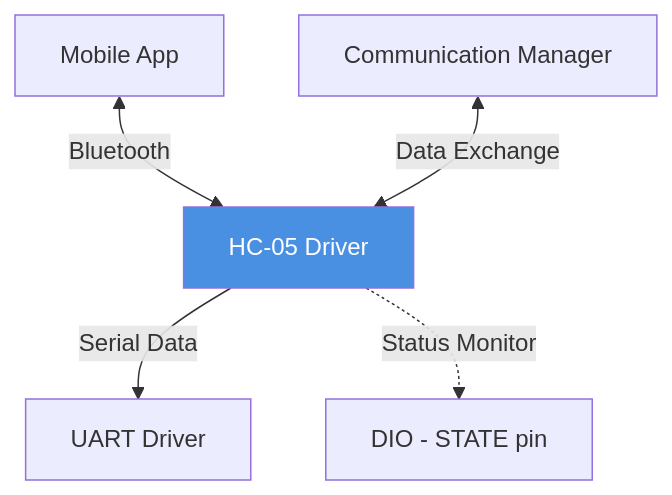
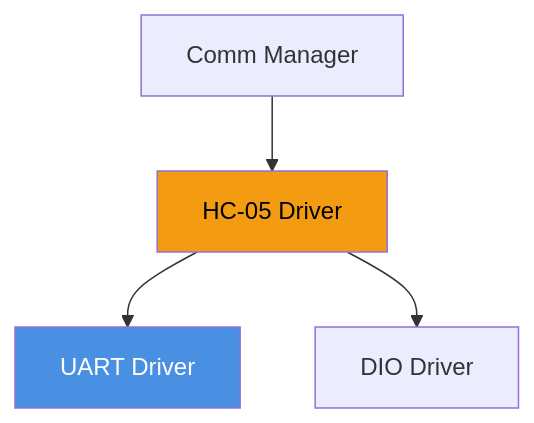
One commit to Gestell-Solution/Smart_Energy_Management_System changed the fourth of 4 diagrams in Doc/Embedded/New/06_ImplementationDoc/Software_Layers/HAL_Layer/HC05_Bluetooth/HC05_Driver.md. Above: the diagram before and after it, drawn with Mermaid. The commit also changed other lines of this file and 30 other files, not shown here.

````diff
--- a/Doc/Embedded/New/06_ImplementationDoc/Software_Layers/HAL_Layer/HC05_Bluetooth/HC05_Driver.md
+++ b/Doc/Embedded/New/06_ImplementationDoc/Software_Layers/HAL_Layer/HC05_Bluetooth/HC05_Driver.md
@@ -245,10 +248,10 @@
 ```mermaid
-graph TB
-    APP_MOBILE[Mobile App] <-->|Bluetooth| HC05[HC-05 Driver]
-    COMM[Communication Manager] <-->|Data Exchange| HC05
+graph TD
+    HC05[HC-05 Driver] --> UART[UART Driver]
+    HC05 --> DIO[DIO Driver]
 
-    HC05 -->|Serial Data| UART[UART Driver]
-    HC05 -.->|Status Monitor| DIO[DIO - STATE pin]
+    APP[Comm Manager] --> HC05
 
-    style HC05 fill:#4A90E2,color:#fff
+    style HC05 fill:#F39C12,color:#000
+    style UART fill:#4A90E2,color:#fff
 ```
````
